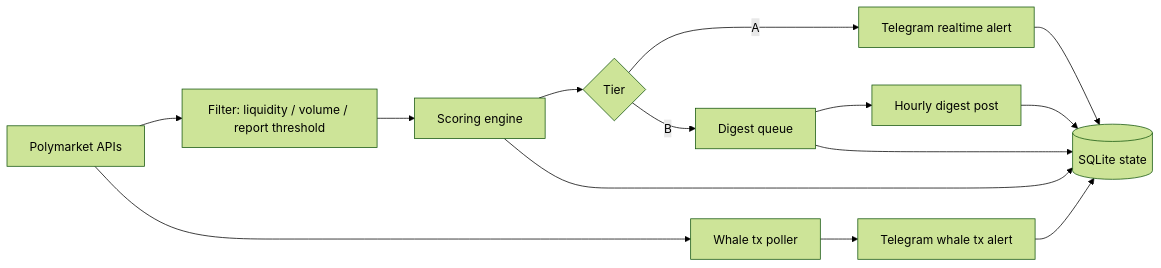
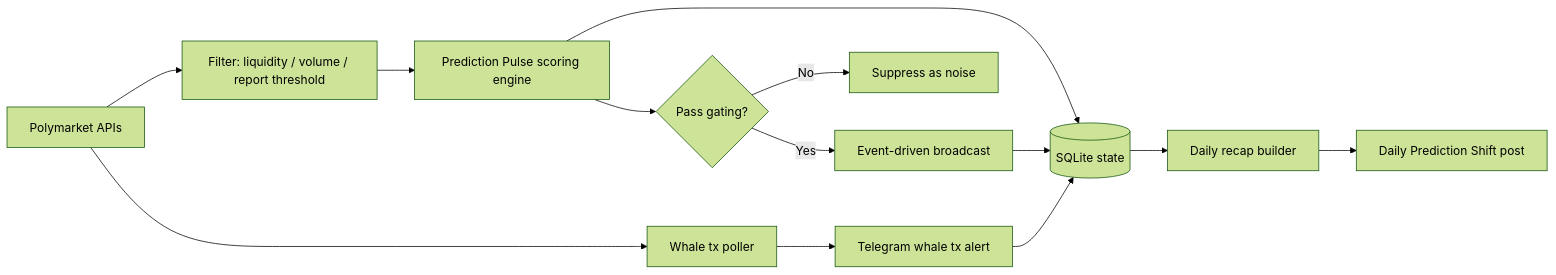
One commit to mortezashojaei/polymarket-radar changed the diagram in README.md. Above: the diagram before and after it, drawn with Mermaid (forest theme). The commit also changed other lines of this file and 8 other files, not shown here.

Commit message:
Replace hourly digest with event-driven Prediction Pulse broadcasts

````diff
--- a/README.md
+++ b/README.md
@@ -18,16 +18,15 @@
 ```mermaid
 flowchart LR
   A[Polymarket APIs] --> B[Filter: liquidity / volume / report threshold]
-  B --> C[Scoring engine]
-  C --> D{Tier}
-  D -->|A| E[Telegram realtime alert]
-  D -->|B| F[Digest queue]
-  F --> G[Hourly digest post]
+  B --> C[Prediction Pulse scoring engine]
+  C --> D{Pass gating?}
+  D -->|Yes| E[Event-driven broadcast]
+  D -->|No| F[Suppress as noise]
   A --> H[Whale tx poller]
   H --> I[Telegram whale tx alert]
   C --> J[(SQLite state)]
-  F --> J
   E --> J
-  G --> J
   I --> J
+  J --> K[Daily recap builder]
+  K --> L[Daily Prediction Shift post]
 ```
````
